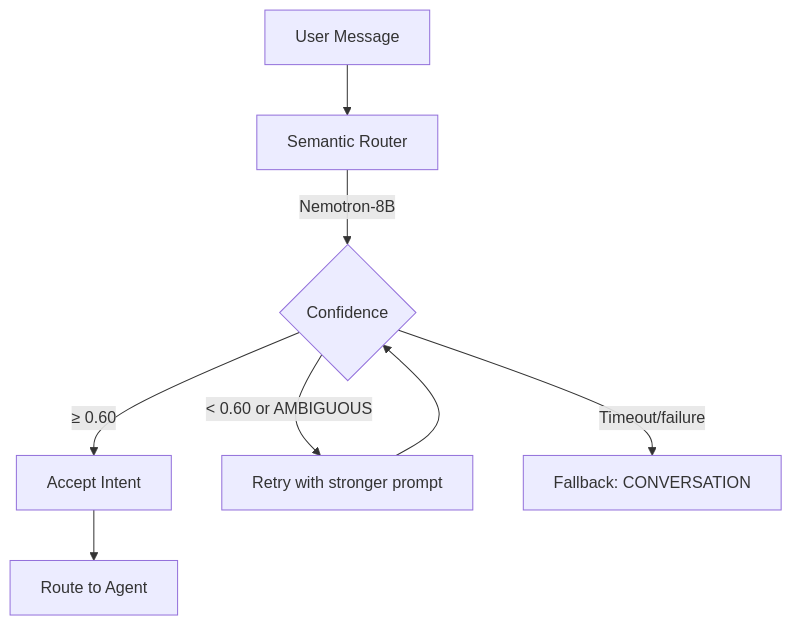
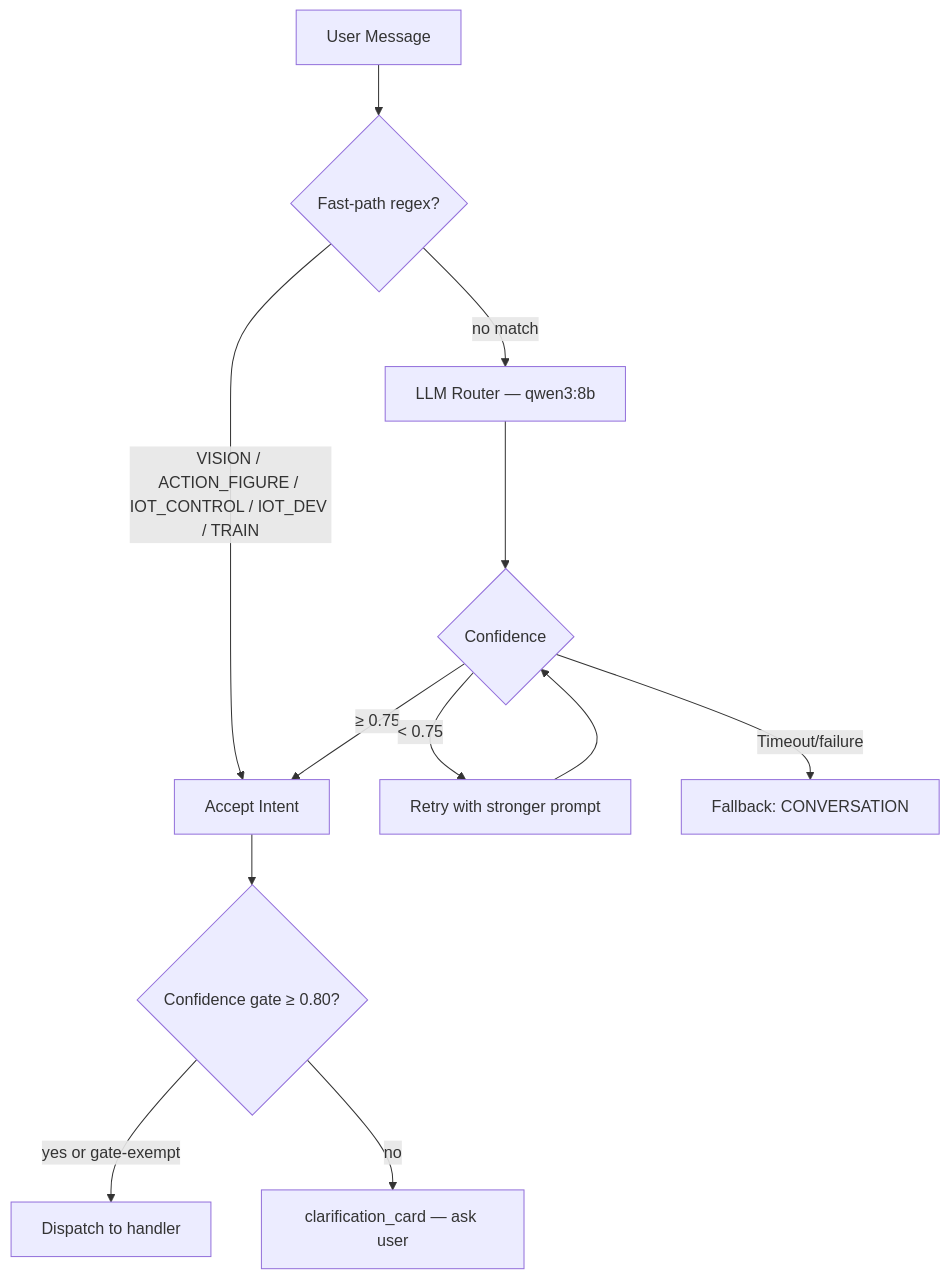
Before and after one commit to Misterobots/Agent_Swarm: the first of 3 diagrams in docs-site/docs/architecture/agent-system.md, drawn with Mermaid. The commit also changed other lines of this file and 17 other files, not shown here.

First line of the commit message:
docs: update all documentation to reflect current architecture

````diff
--- a/docs-site/docs/architecture/agent-system.md
+++ b/docs-site/docs/architecture/agent-system.md
@@ -34,10 +49,14 @@
 ```mermaid
 graph TD
-    A[User Message] --> B[Semantic Router]
-    B -->|"Nemotron-8B"| C{Confidence}
-    C -->|"≥ 0.60"| D[Accept Intent]
-    C -->|"< 0.60 or AMBIGUOUS"| E[Retry with stronger prompt]
-    E --> C
-    C -->|"Timeout/failure"| F[Fallback: CONVERSATION]
-    D --> G[Route to Agent]
+    A[User Message] --> B{Fast-path regex?}
+    B -->|"VISION / ACTION_FIGURE / IOT_CONTROL / IOT_DEV / TRAIN"| D[Accept Intent]
+    B -->|"no match"| C[LLM Router — qwen3:8b]
+    C --> E{Confidence}
+    E -->|"≥ 0.75"| D
+    E -->|"< 0.75"| F[Retry with stronger prompt]
+    F --> E
+    E -->|"Timeout/failure"| G[Fallback: CONVERSATION]
+    D --> H{Confidence gate ≥ 0.80?}
+    H -->|"yes or gate-exempt"| I[Dispatch to handler]
+    H -->|"no"| J[clarification_card — ask user]
 ```
````
